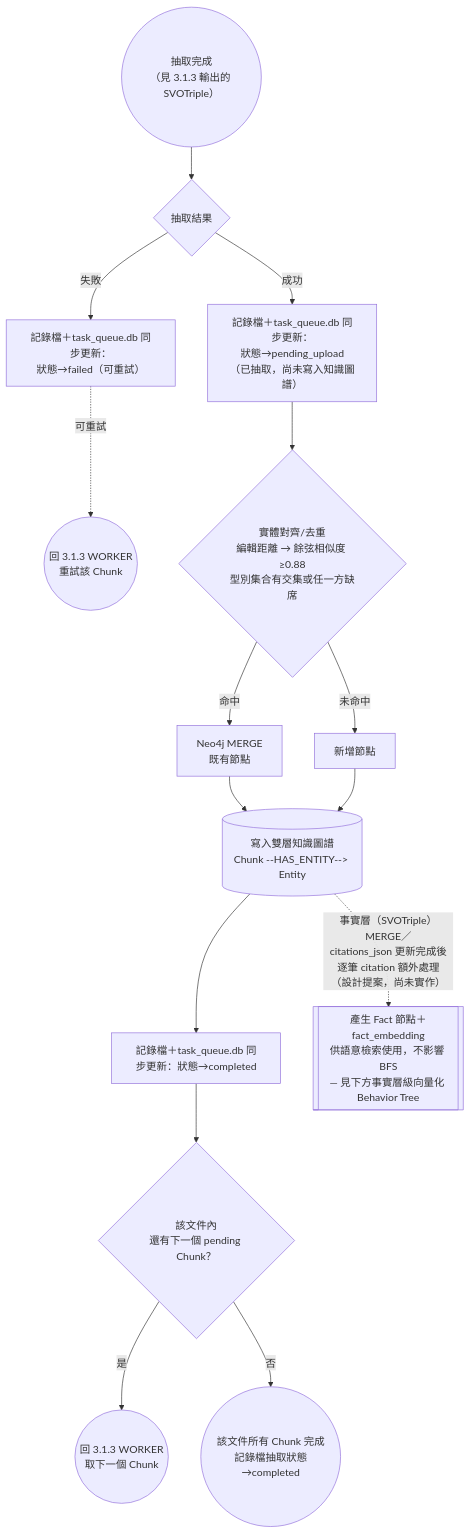
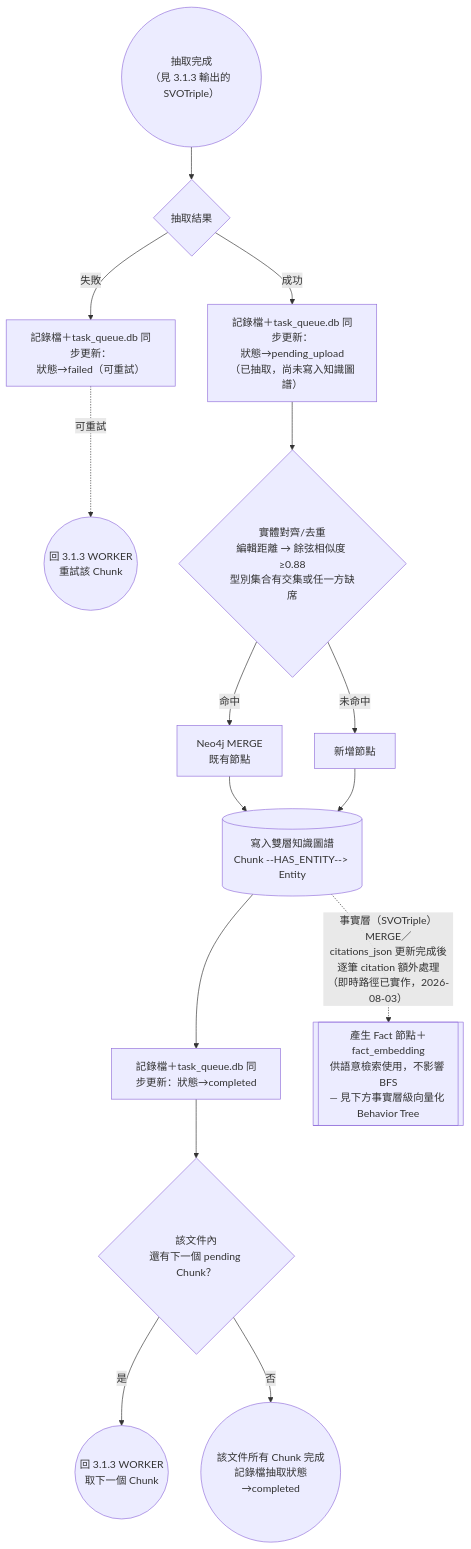
The eighth of 18 diagrams in docs/論文/03_系統設計與方法論.md (Chester930/world-knowledge-graph-rag), drawn with Mermaid before and after one commit. The commit also changed other lines of this file and 2 other files, not shown here.

Commit message:
docs(thesis): 訂正 3.1.4 段落內部矛盾的過時實作狀態註記
審查本次 Entity name_embedding + Fact 節點向量化改動的論文記錄完整性時
發現三處內部矛盾，訂正：

- 3.1.4 主 Behavior Tree 的 FACTVEC 節點標籤仍寫「設計提案，尚未實作」，
  與下方 §a 已詳述的「即時路徑已實作」矛盾
- DEDUP4 段落「誠實聲明」結尾仍寫「待實作：三處程式碼調整＋批次回填函式
  留待後續」，與同段上方兩則「✅ 已實作」「✅ 已接線」矛盾
- docs/參考文獻/12/README.md 首行仍寫「設計提案（尚未實作）」，
  docs/參考文獻/README.md 索引同步

三處皆為先前分批提交時，後續段落已更新但前面段落沒有回頭同步的疏漏，
非新發現的設計問題，訂正後全文狀態一致。

````diff
--- a/docs/論文/03_系統設計與方法論.md
+++ b/docs/論文/03_系統設計與方法論.md
@@ -410,18 +410,18 @@
 ```mermaid
 flowchart TD
     HANDOFF4(("抽取完成<br/>（見 3.1.3 輸出的 SVOTriple）")) --> RESULT{"抽取結果"}
     RESULT -->|成功| UPLOAD["記錄檔＋task_queue.db 同步更新：<br/>狀態→pending_upload<br/>（已抽取，尚未寫入知識圖譜）"]
     RESULT -->|失敗| FAIL["記錄檔＋task_queue.db 同步更新：<br/>狀態→failed（可重試）"]
     FAIL -.->|可重試| RETRY(("回 3.1.3 WORKER<br/>重試該 Chunk"))
 
     UPLOAD --> DEDUP4{"實體對齊/去重<br/>編輯距離 → 餘弦相似度 ≥0.88<br/>型別集合有交集或任一方缺席"}
     DEDUP4 -->|命中| MERGE4["Neo4j MERGE<br/>既有節點"]
     DEDUP4 -->|未命中| CREATE4["新增節點"]
     MERGE4 --> KG4[("寫入雙層知識圖譜<br/>Chunk --HAS_ENTITY--> Entity")]
     CREATE4 --> KG4
     KG4 --> DONE4["記錄檔＋task_queue.db 同步更新：狀態→completed"]
     DONE4 --> NEXT4{"該文件內<br/>還有下一個 pending Chunk？"}
     NEXT4 -->|是| RETRY2(("回 3.1.3 WORKER<br/>取下一個 Chunk"))
     NEXT4 -->|否| IDLE4(("該文件所有 Chunk 完成<br/>記錄檔抽取狀態→completed"))
-    KG4 -.->|"事實層（SVOTriple）MERGE／<br/>citations_json 更新完成後<br/>逐筆 citation 額外處理<br/>（設計提案，尚未實作）"| FACTVEC[["產生 Fact 節點＋fact_embedding<br/>供語意檢索使用，不影響 BFS<br/>— 見下方事實層級向量化 Behavior Tree"]]
+    KG4 -.->|"事實層（SVOTriple）MERGE／<br/>citations_json 更新完成後<br/>逐筆 citation 額外處理<br/>（即時路徑已實作，2026-08-03）"| FACTVEC[["產生 Fact 節點＋fact_embedding<br/>供語意檢索使用，不影響 BFS<br/>— 見下方事實層級向量化 Behavior Tree"]]
 ```
````
